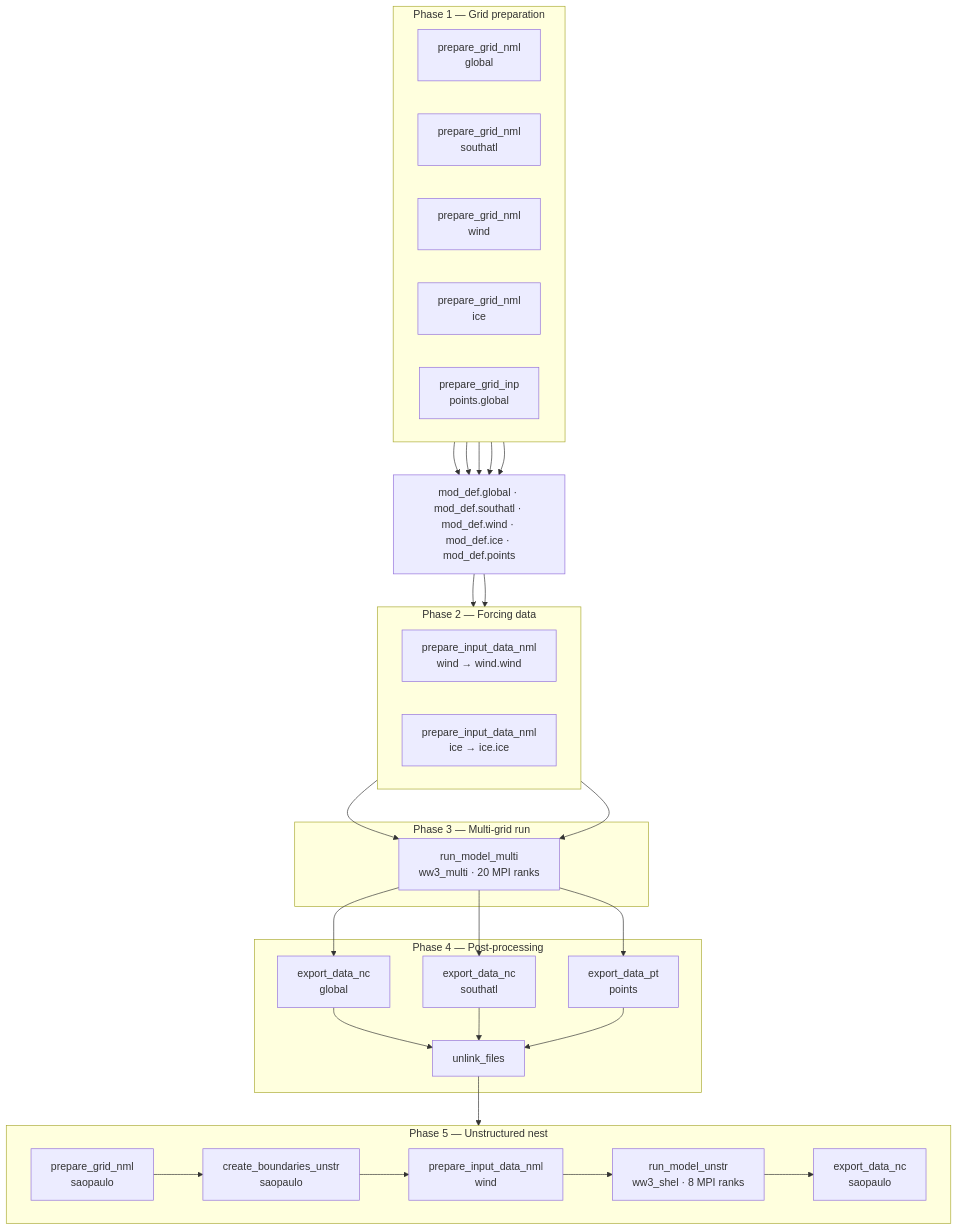
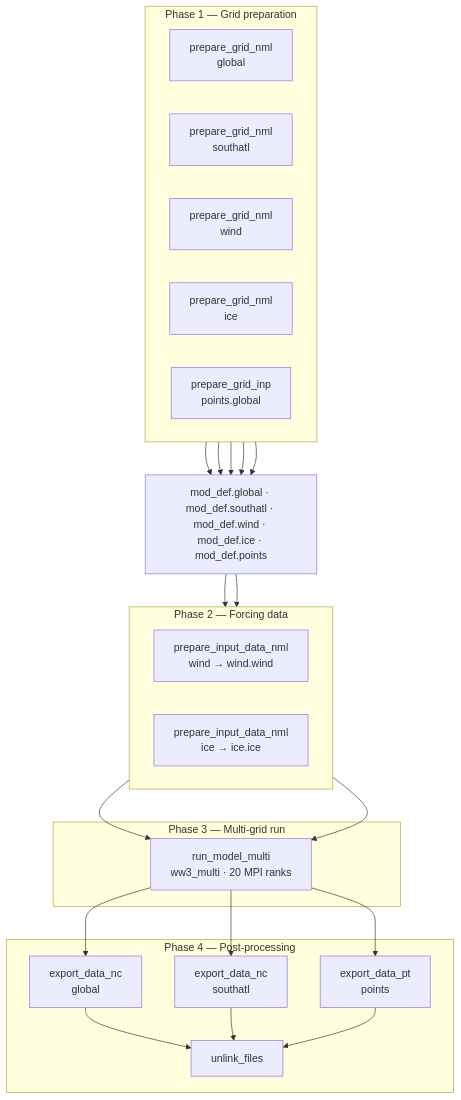
The diagram in README.md (dksasaki/ww3_pixi), drawn with Mermaid before and after one commit. The commit also changed other lines of this file, not shown here.

````diff
--- a/README.md
+++ b/README.md
@@ -164,46 +129,36 @@
 ```mermaid
 flowchart TD
     subgraph P1["Phase 1 — Grid preparation"]
         direction LR
         G1[prepare_grid_nml\nglobal]
         G2[prepare_grid_nml\nsouthatl]
         G3[prepare_grid_nml\nwind]
         G4[prepare_grid_nml\nice]
         G5[prepare_grid_inp\npoints.global]
     end
 
     MD["mod_def.global · mod_def.southatl · mod_def.wind · mod_def.ice · mod_def.points"]
 
     subgraph P2["Phase 2 — Forcing data"]
         direction LR
         F1[prepare_input_data_nml\nwind → wind.wind]
         F2[prepare_input_data_nml\nice → ice.ice]
     end
 
     subgraph P3["Phase 3 — Multi-grid run"]
         M[run_model_multi\nww3_multi · 20 MPI ranks]
     end
 
     subgraph P4["Phase 4 — Post-processing"]
         E1[export_data_nc\nglobal]
         E2[export_data_nc\nsouthatl]
         E3[export_data_pt\npoints]
         UL[unlink_files]
     end
 
-    subgraph P5["Phase 5 — Unstructured nest"]
-        SG[prepare_grid_nml\nsaopaulo]
-        BC[create_boundaries_unstr\nsaopaulo]
-        FW[prepare_input_data_nml\nwind]
-        RU[run_model_unstr\nww3_shel · 8 MPI ranks]
-        EU[export_data_nc\nsaopaulo]
-    end
-
     G1 & G2 & G3 & G4 & G5 --> MD
     MD --> F1 & F2
     F1 & F2 --> M
     M --> E1 & E2 & E3
     E1 & E2 & E3 --> UL
-    UL --> P5
-    SG --> BC --> FW --> RU --> EU
 ```
````
